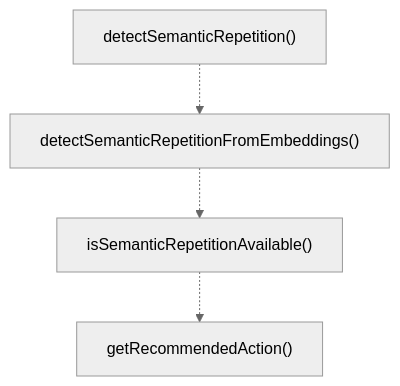
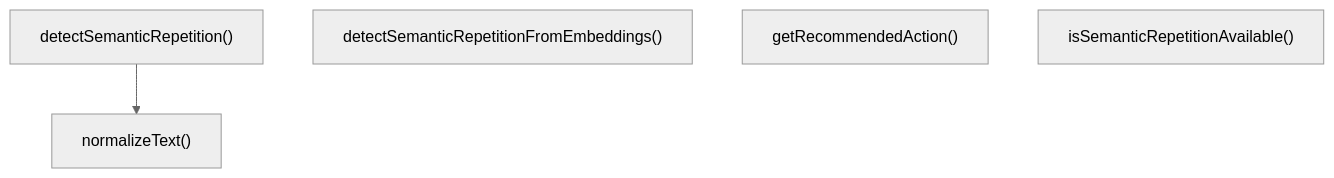
The third of 4 diagrams in ABDD/.pi/lib/semantic-repetition.md (Mekann2904/mekann), drawn with Mermaid (neutral theme) before and after one commit. The commit also changed other lines of this file and 277 other files, not shown here.

````diff
--- a/ABDD/.pi/lib/semantic-repetition.md
+++ b/ABDD/.pi/lib/semantic-repetition.md
@@ -85,10 +85,9 @@
 ```mermaid
 flowchart TD
   detectSemanticRepetition["detectSemanticRepetition()"]
   detectSemanticRepetitionFromEmbeddings["detectSemanticRepetitionFromEmbeddings()"]
+  getRecommendedAction["getRecommendedAction()"]
   isSemanticRepetitionAvailable["isSemanticRepetitionAvailable()"]
-  getRecommendedAction["getRecommendedAction()"]
-  detectSemanticRepetition -.-> detectSemanticRepetitionFromEmbeddings
-  detectSemanticRepetitionFromEmbeddings -.-> isSemanticRepetitionAvailable
-  isSemanticRepetitionAvailable -.-> getRecommendedAction
+  normalizeText["normalizeText()"]
+  detectSemanticRepetition --> normalizeText
 ```
````
